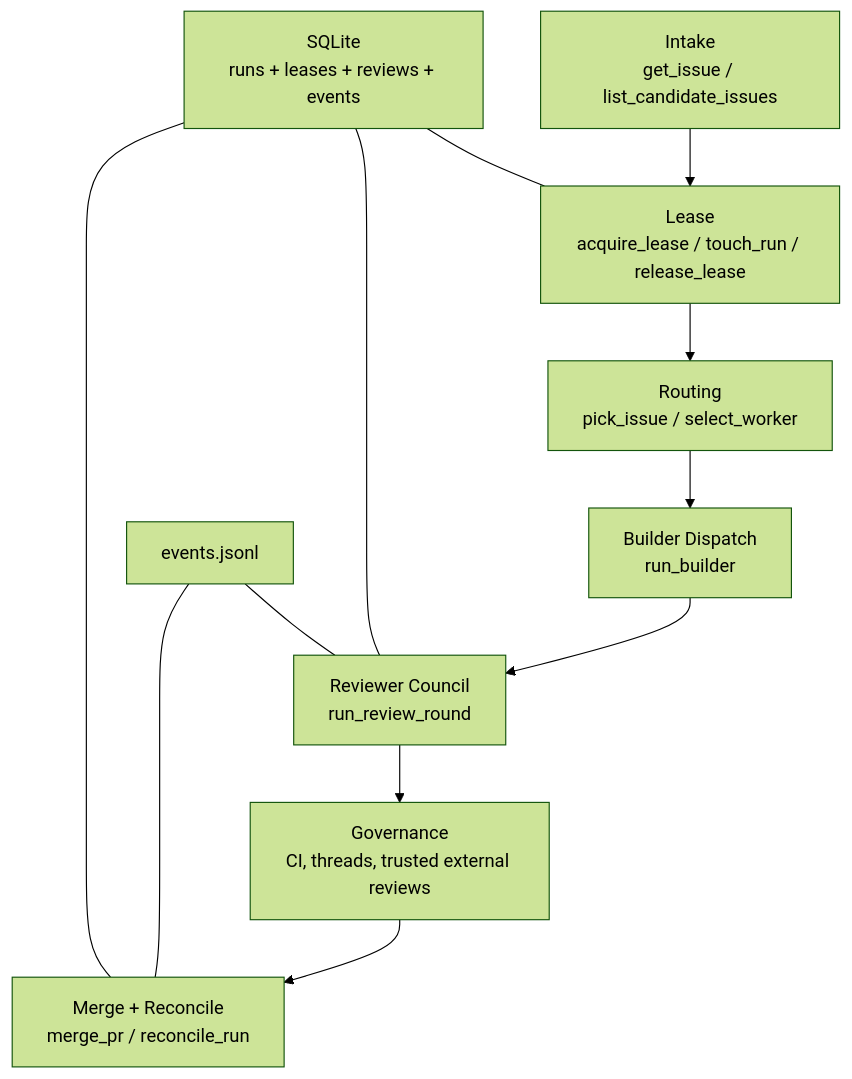
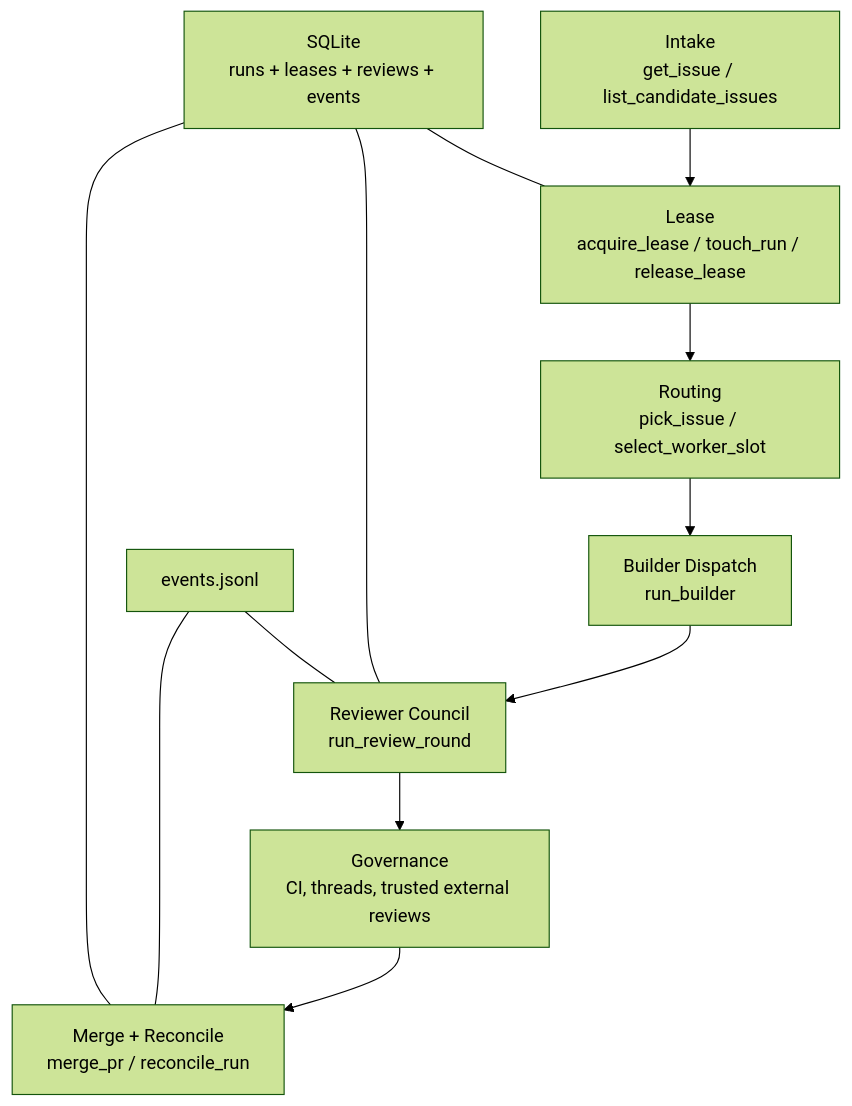
The first of 4 diagrams in docs/architecture/conductor.md (misty-step/bitterblossom), drawn with Mermaid (forest theme) before and after one commit. The commit also changed other lines of this file and 4 other files, not shown here.

Commit message:
refactor: unify conductor worker slot selection

````diff
--- a/docs/architecture/conductor.md
+++ b/docs/architecture/conductor.md
@@ -9,15 +9,15 @@
 ```mermaid
 flowchart TD
     Intake["Intake\nget_issue / list_candidate_issues"] --> Lease["Lease\nacquire_lease / touch_run / release_lease"]
-    Lease --> Route["Routing\npick_issue / select_worker"]
+    Lease --> Route["Routing\npick_issue / select_worker_slot"]
     Route --> Build["Builder Dispatch\nrun_builder"]
     Build --> Review["Reviewer Council\nrun_review_round"]
     Review --> Gate["Governance\nCI, threads, trusted external reviews"]
     Gate --> Merge["Merge + Reconcile\nmerge_pr / reconcile_run"]
 
     DB["SQLite\nruns + leases + reviews + events"] --- Lease
     DB --- Review
     DB --- Merge
     Log["events.jsonl"] --- Review
     Log --- Merge
 ```
````
